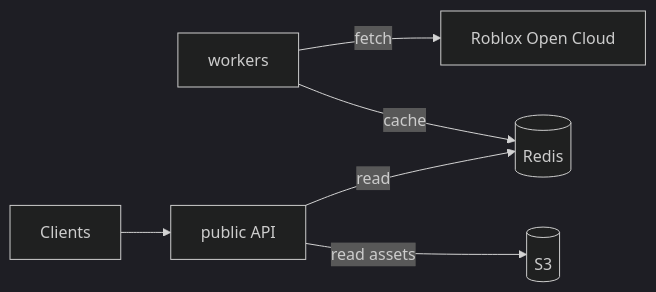
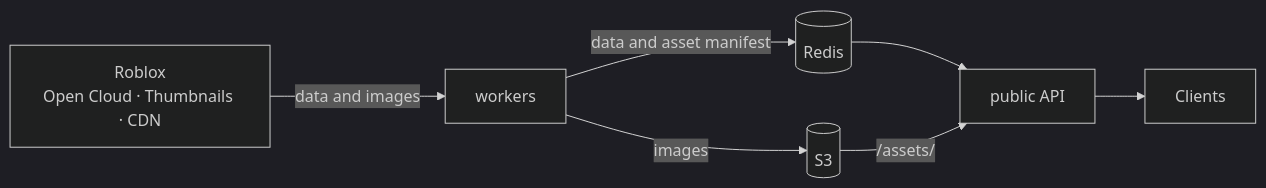
Before and after one commit to typical-developers/public-experience-api: the diagram in README.md, drawn with Mermaid (dark theme). The commit also changed other lines of this file, not shown here.

Commit message:
chore: update graph

````diff
--- a/README.md
+++ b/README.md
@@ -52,8 +53,16 @@
 ```mermaid
 flowchart LR
-    W[workers] -->|fetch| OC[Roblox Open Cloud]
-    W -->|cache| R[(Redis)]
-    API[public API] -->|read| R
-    API -->|read assets| S3[(S3)]
-    C[Clients] --> API
+    RB["Roblox<br/>Open Cloud · Thumbnails · CDN"]
+    W[workers]
+    R[(Redis)]
+    S3[(S3)]
+    API[public API]
+    C[Clients]
+
+    RB -->|data and images| W
+    W -->|data and asset manifest| R
+    W -->|images| S3
+    R --> API
+    S3 -->|/assets/| API
+    API --> C
 ```
````
